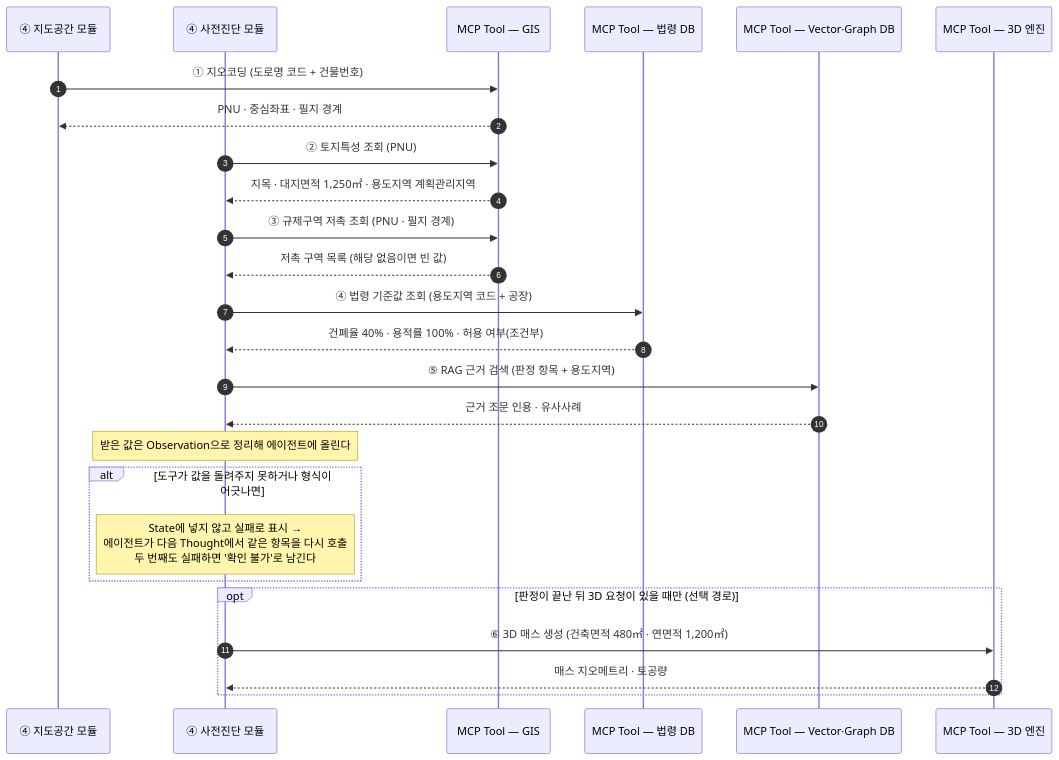
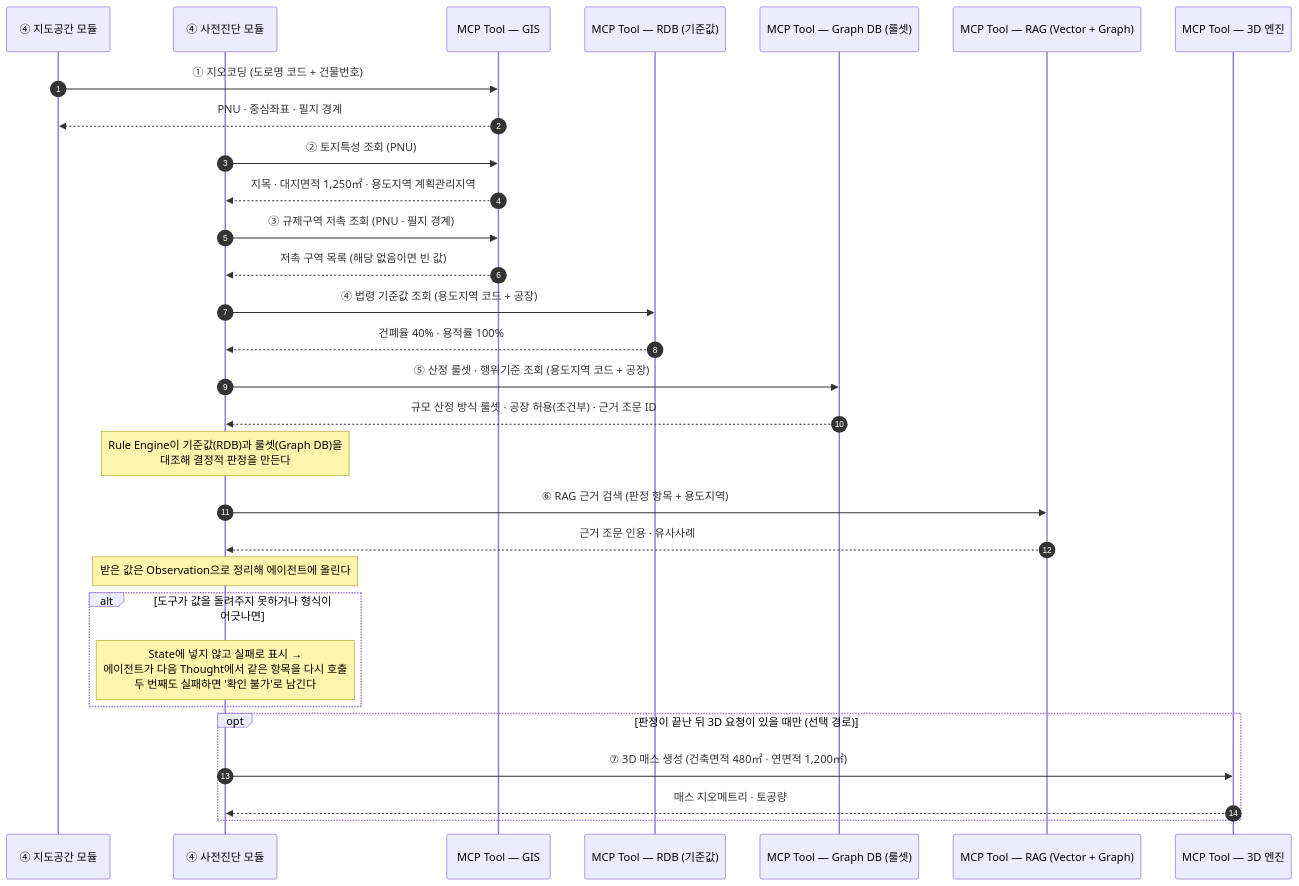
One commit to madlrengg100/permit-copilot changed diagram 11 of 11 in docs/MCP-AGENT-SEQUENCE1.md. Above: the diagram before and after it, drawn with Mermaid. The commit also changed other lines of this file, not shown here.

First line of the commit message:
docs(MCP-AGENT-SEQUENCE1): 법령 기준값·룰셋 출처를 1.1의 RDB·Graph DB로 정정

````diff
--- a/docs/MCP-AGENT-SEQUENCE1.md
+++ b/docs/MCP-AGENT-SEQUENCE1.md
@@ -620,36 +628,42 @@
 ```mermaid
 sequenceDiagram
     autonumber
     participant MM as ④ 지도공간 모듈
     participant MD as ④ 사전진단 모듈
     participant GIS as MCP Tool — GIS
-    participant LAW as MCP Tool — 법령 DB
-    participant RAG as MCP Tool — Vector·Graph DB
+    participant RDB as MCP Tool — RDB (기준값)
+    participant GDB as MCP Tool — Graph DB (룰셋)
+    participant RAG as MCP Tool — RAG (Vector + Graph)
     participant E3D as MCP Tool — 3D 엔진
 
     MM->>GIS: ① 지오코딩 (도로명 코드 + 건물번호)
     GIS-->>MM: PNU · 중심좌표 · 필지 경계
 
     MD->>GIS: ② 토지특성 조회 (PNU)
     GIS-->>MD: 지목 · 대지면적 1,250㎡ · 용도지역 계획관리지역
 
     MD->>GIS: ③ 규제구역 저촉 조회 (PNU · 필지 경계)
     GIS-->>MD: 저촉 구역 목록 (해당 없음이면 빈 값)
 
-    MD->>LAW: ④ 법령 기준값 조회 (용도지역 코드 + 공장)
-    LAW-->>MD: 건폐율 40% · 용적률 100% · 허용 여부(조건부)
+    MD->>RDB: ④ 법령 기준값 조회 (용도지역 코드 + 공장)
+    RDB-->>MD: 건폐율 40% · 용적률 100%
 
-    MD->>RAG: ⑤ RAG 근거 검색 (판정 항목 + 용도지역)
+    MD->>GDB: ⑤ 산정 룰셋 · 행위기준 조회 (용도지역 코드 + 공장)
+    GDB-->>MD: 규모 산정 방식 룰셋 · 공장 허용(조건부) · 근거 조문 ID
+
+    Note over MD: Rule Engine이 기준값(RDB)과 룰셋(Graph DB)을<br/>대조해 결정적 판정을 만든다
+
+    MD->>RAG: ⑥ RAG 근거 검색 (판정 항목 + 용도지역)
     RAG-->>MD: 근거 조문 인용 · 유사사례
 
     Note over MD: 받은 값은 Observation으로 정리해 에이전트에 올린다
 
     alt 도구가 값을 돌려주지 못하거나 형식이 어긋나면
         Note over MD: State에 넣지 않고 실패로 표시 →<br/>에이전트가 다음 Thought에서 같은 항목을 다시 호출<br/>두 번째도 실패하면 '확인 불가'로 남긴다
     end
 
     opt 판정이 끝난 뒤 3D 요청이 있을 때만 (선택 경로)
-        MD->>E3D: ⑥ 3D 매스 생성 (건축면적 480㎡ · 연면적 1,200㎡)
+        MD->>E3D: ⑦ 3D 매스 생성 (건축면적 480㎡ · 연면적 1,200㎡)
         E3D-->>MD: 매스 지오메트리 · 토공량
     end
 ```
````
